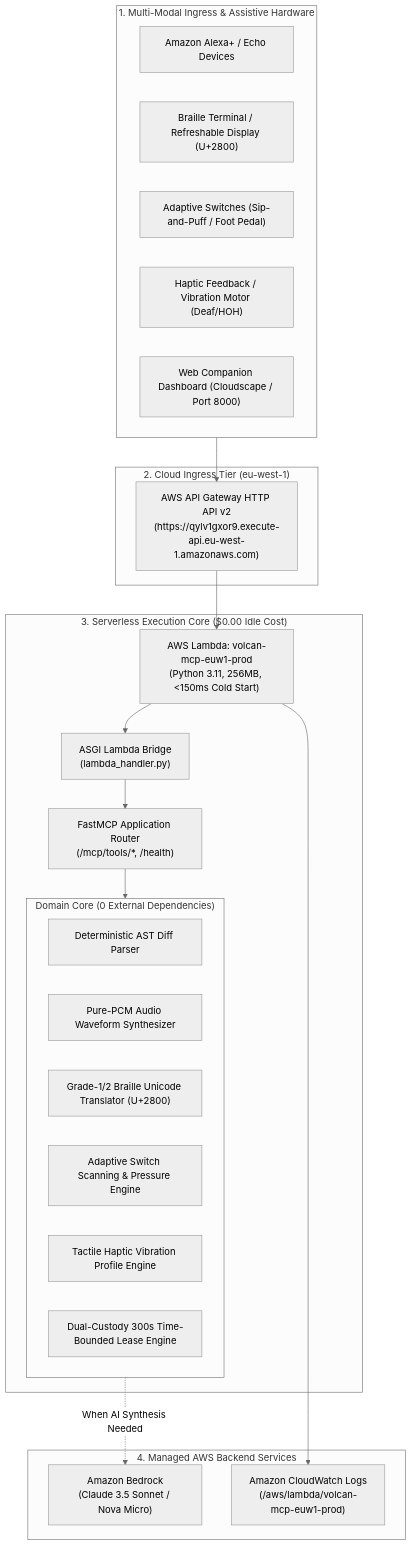
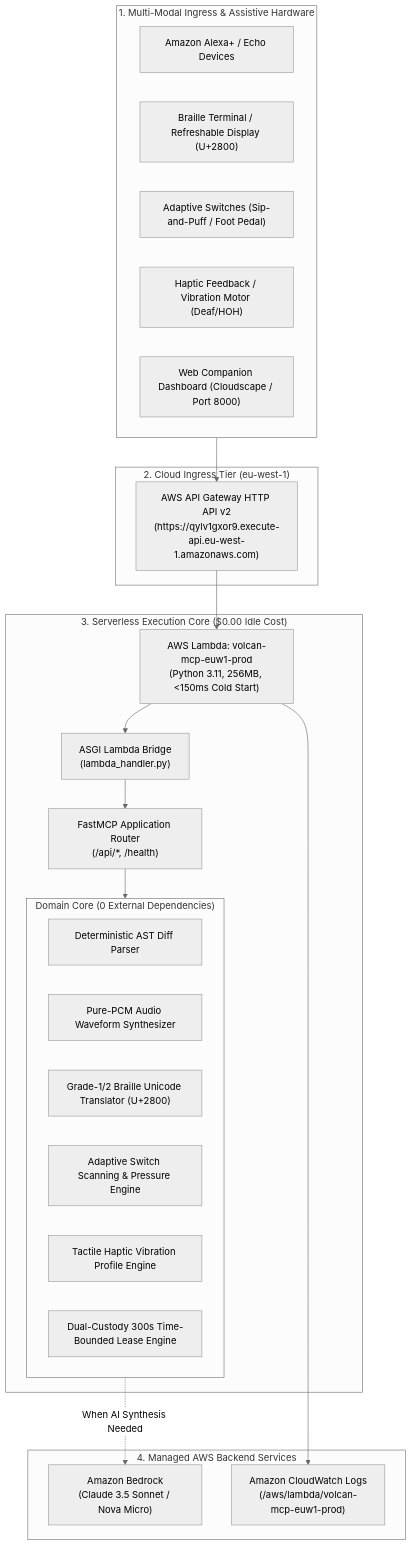
The diagram in docs/COMPLIANCE_AND_ARCHITECTURE.md (upgradedev/volcan_amazon), drawn with Mermaid (neutral theme) before and after one commit. The commit also changed 43 other files, not shown here.

````diff
--- a/docs/COMPLIANCE_AND_ARCHITECTURE.md
+++ b/docs/COMPLIANCE_AND_ARCHITECTURE.md
@@ -12,42 +12,42 @@
 ```mermaid
 flowchart TD
     subgraph INGRESS["1. Multi-Modal Ingress & Assistive Hardware"]
         ALEXA["Amazon Alexa+ / Echo Devices"]
         BRAILLE["Braille Terminal / Refreshable Display (U+2800)"]
         SWITCH["Adaptive Switches (Sip-and-Puff / Foot Pedal)"]
         HAPTIC["Haptic Feedback / Vibration Motor (Deaf/HOH)"]
         COMPANION["Web Companion Dashboard (Cloudscape / Port 8000)"]
     end
 
     subgraph APIGW["2. Cloud Ingress Tier (eu-west-1)"]
         GATEWAY["AWS API Gateway HTTP API v2\n(https://qylv1gxor9.execute-api.eu-west-1.amazonaws.com)"]
     end
 
     subgraph LAMBDA["3. Serverless Execution Core ($0.00 Idle Cost)"]
         FUNC["AWS Lambda: volcan-mcp-euw1-prod\n(Python 3.11, 256MB, <150ms Cold Start)"]
         BRIDGE["ASGI Lambda Bridge\n(lambda_handler.py)"]
-        ROUTER["FastMCP Application Router\n(/mcp/tools/*, /health)"]
+        ROUTER["FastMCP Application Router\n(/api/*, /health)"]
         
         subgraph DOMAIN["Domain Core (0 External Dependencies)"]
             AST["Deterministic AST Diff Parser"]
             SONIF["Pure-PCM Audio Waveform Synthesizer"]
             BRL["Grade-1/2 Braille Unicode Translator (U+2800)"]
             SW_CTRL["Adaptive Switch Scanning & Pressure Engine"]
             HAP_CTRL["Tactile Haptic Vibration Profile Engine"]
             GOV["Dual-Custody 300s Time-Bounded Lease Engine"]
         end
     end
 
     subgraph AWS_SERVICES["4. Managed AWS Backend Services"]
         BEDROCK["Amazon Bedrock\n(Claude 3.5 Sonnet / Nova Micro)"]
         CW["Amazon CloudWatch Logs\n(/aws/lambda/volcan-mcp-euw1-prod)"]
     end
 
     INGRESS --> GATEWAY
     GATEWAY --> FUNC
     FUNC --> BRIDGE
     BRIDGE --> ROUTER
     ROUTER --> DOMAIN
     DOMAIN -.->|When AI Synthesis Needed| BEDROCK
     FUNC --> CW
 ```
````
